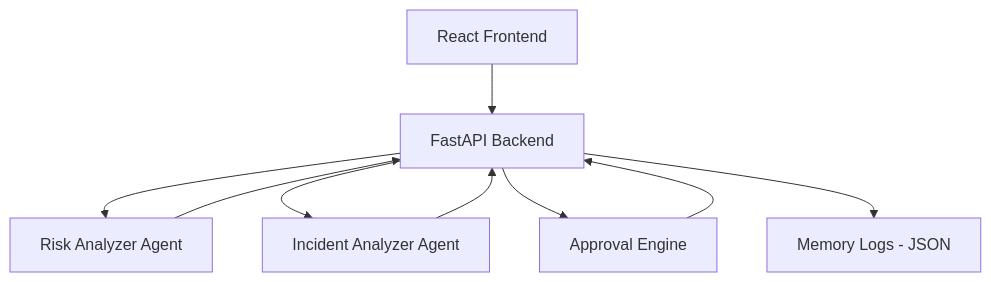
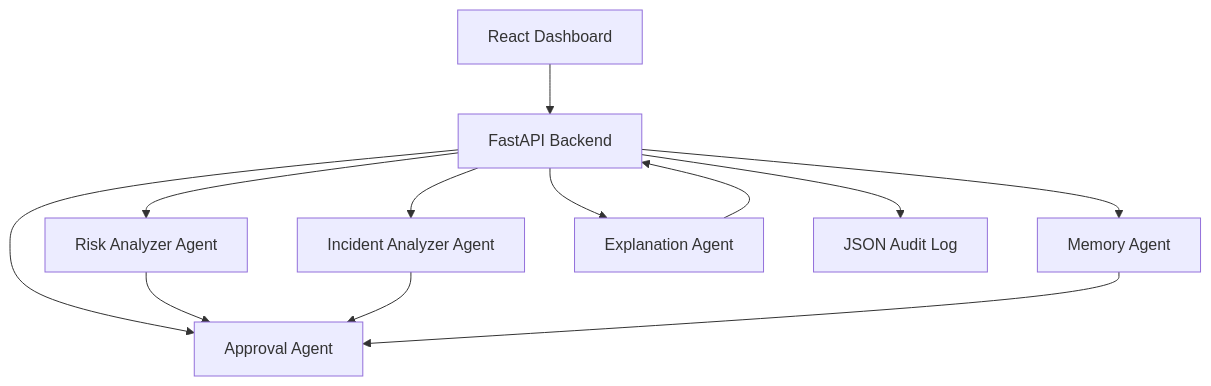
Before and after one commit to Muqaddas1617/ai-sre-copilot: the diagram in README.md, drawn with Mermaid. The commit also changed other lines of this file and 29 other files, not shown here.

````diff
--- a/README.md
+++ b/README.md
@@ -22,11 +20,14 @@
-```mermaid id="arch1"
-graph TD
-    A[React Frontend] --> B[FastAPI Backend]
+```mermaid
+flowchart TD
+    A[React Dashboard] --> B[FastAPI Backend]
     B --> C[Risk Analyzer Agent]
     B --> D[Incident Analyzer Agent]
-    B --> E[Approval Engine]
-    B --> F[Memory Logs - JSON]
-    C --> B
-    D --> B
-    E --> B
+    B --> E[Approval Agent]
+    B --> F[Memory Agent]
+    B --> G[Explanation Agent]
+    C --> E
+    D --> E
+    F --> E
+    G --> B
+    B --> H[JSON Audit Log]
 ```
````
